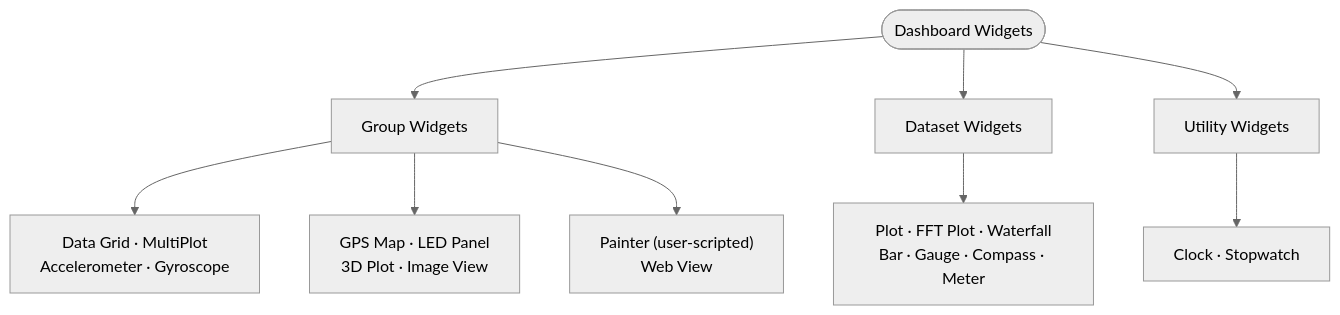
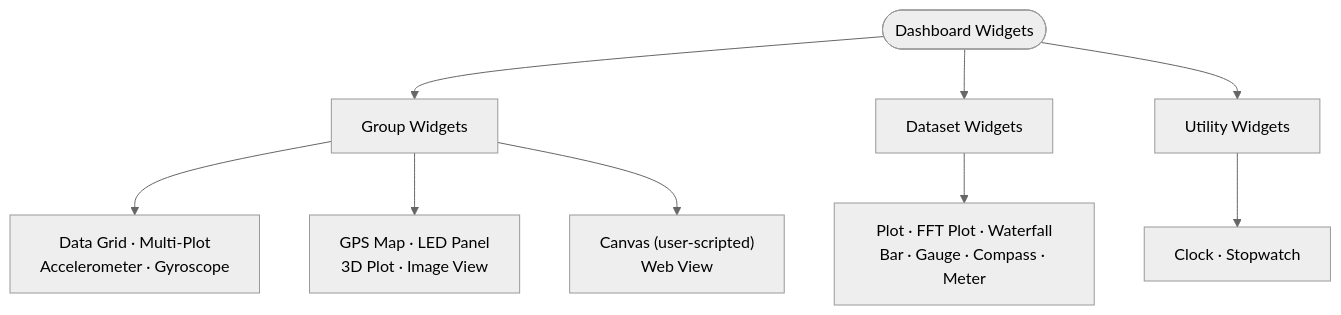
The diagram in doc/help/Widget-Reference.md (Serial-Studio/Serial-Studio), drawn with Mermaid (neutral theme) before and after one commit. The commit also changed other lines of this file and 223 other files, not shown here.

First line of the commit message:
chore(naming): user-facing renames — Historian, Variables, Computed Dataset, Canvas Widget

````diff
--- a/doc/help/Widget-Reference.md
+++ b/doc/help/Widget-Reference.md
@@ -11,15 +11,15 @@
 ```mermaid
 flowchart TD
     Root(["Dashboard Widgets"])
     Root --> Group["Group Widgets"]
     Root --> Dataset["Dataset Widgets"]
 
-    Group --> G1["Data Grid · MultiPlot<br/>Accelerometer · Gyroscope"]
+    Group --> G1["Data Grid · Multi-Plot<br/>Accelerometer · Gyroscope"]
     Group --> G2["GPS Map · LED Panel<br/>3D Plot · Image View"]
-    Group --> G3["Painter (user-scripted)<br/>Web View"]
+    Group --> G3["Canvas (user-scripted)<br/>Web View"]
 
     Dataset --> D1["Plot · FFT Plot · Waterfall<br/>Bar · Gauge · Compass · Meter"]
 
     Root --> Utility["Utility Widgets"]
     Utility --> U1["Clock · Stopwatch"]
 ```
````
